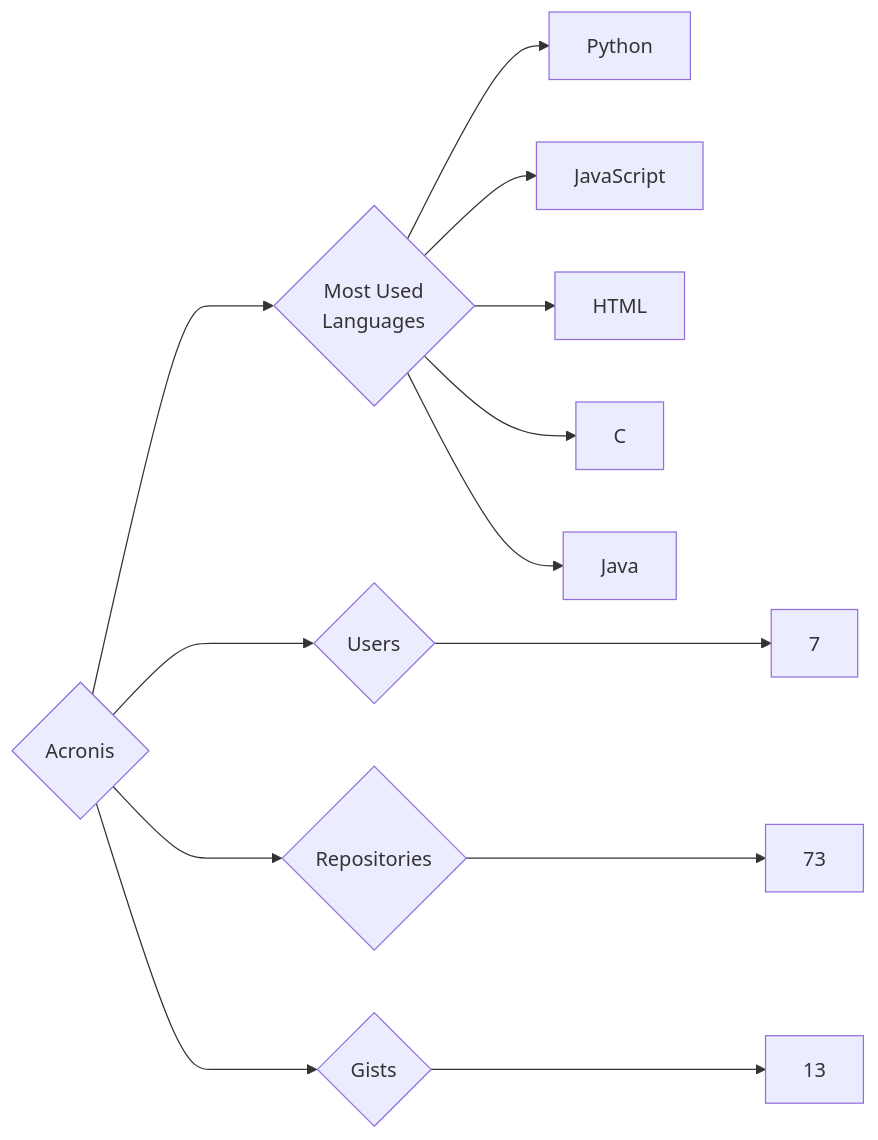
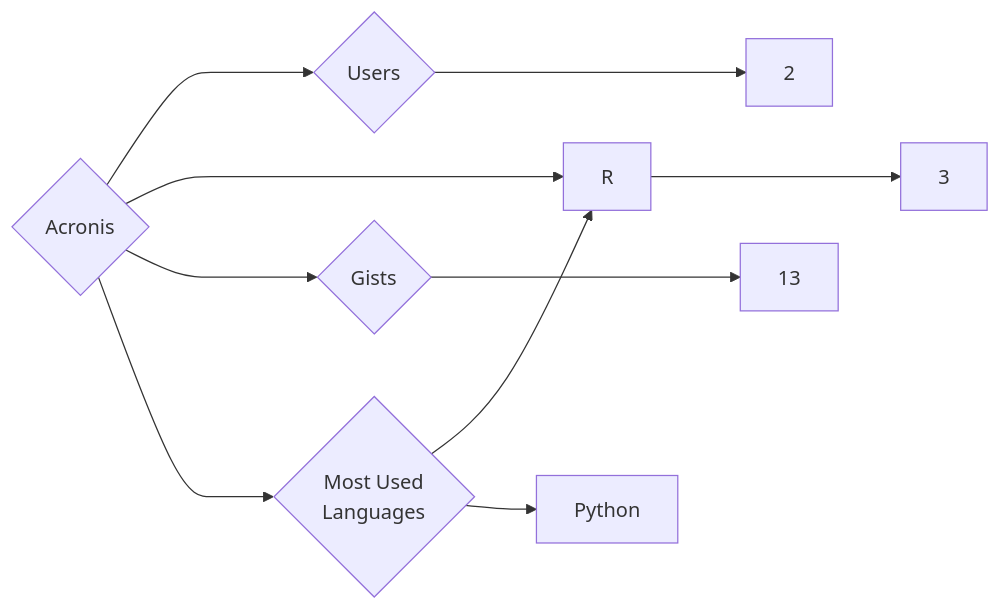
One commit to trickest/insiders changed the diagram in targets/Acronis/README.md. Above: the diagram before and after it, drawn with Mermaid. The commit also changed 776 other files, not shown here.

````diff
--- a/targets/Acronis/README.md
+++ b/targets/Acronis/README.md
@@ -3,13 +3,10 @@
 ```mermaid
 graph LR
 COMPANY_NAME{Acronis}
-COMPANY_NAME ---> U{Users} ---> UN[7]
-COMPANY_NAME ---> R{Repositories} ---> RN[73]
+COMPANY_NAME ---> U{Users} ---> UN[2]
+COMPANY_NAME ---> R{Repositories} ---> RN[3]
 COMPANY_NAME ---> G{Gists} ---> GN[13]
 COMPANY_NAME ---> ML{Most Used<br>Languages}
+ML --> R[R]
 ML --> Python[Python]
-ML --> JavaScript[JavaScript]
-ML --> HTML[HTML]
-ML --> C[C]
-ML --> Java[Java]
 ```
````
